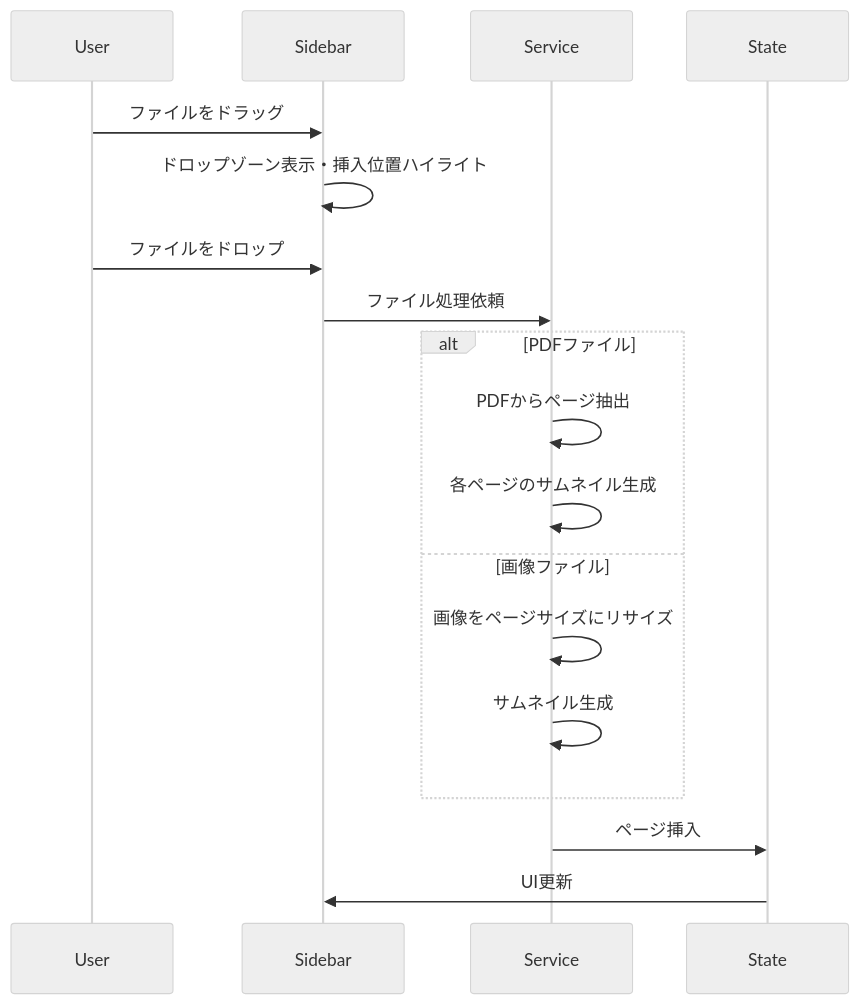
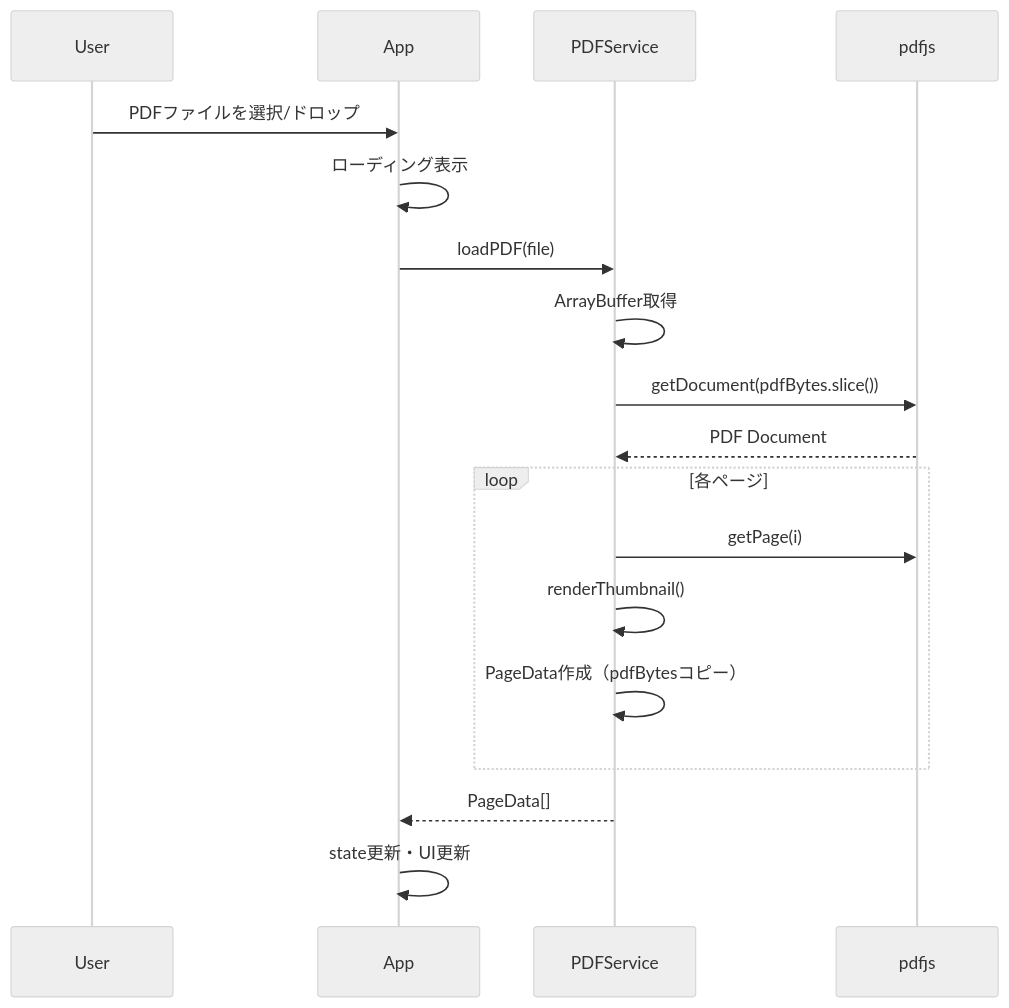
The second of 3 diagrams in docs/design.md (kumakun8325/pdfeditor), drawn with Mermaid (neutral theme) before and after one commit. The commit also changed other lines of this file and 7 other files, not shown here.

````diff
--- a/docs/design.md
+++ b/docs/design.md
@@ -270,23 +234,21 @@
 ```mermaid
 sequenceDiagram
     participant User
-    participant Sidebar
-    participant Service
-    participant State
+    participant App
+    participant PDFService
+    participant pdfjs
 
-    User->>Sidebar: ファイルをドラッグ
-    Sidebar->>Sidebar: ドロップゾーン表示・挿入位置ハイライト
-    User->>Sidebar: ファイルをドロップ
-    Sidebar->>Service: ファイル処理依頼
-    
-    alt PDFファイル
-        Service->>Service: PDFからページ抽出
-        Service->>Service: 各ページのサムネイル生成
-    else 画像ファイル
-        Service->>Service: 画像をページサイズにリサイズ
-        Service->>Service: サムネイル生成
+    User->>App: PDFファイルを選択/ドロップ
+    App->>App: ローディング表示
+    App->>PDFService: loadPDF(file)
+    PDFService->>PDFService: ArrayBuffer取得
+    PDFService->>pdfjs: getDocument(pdfBytes.slice())
+    pdfjs-->>PDFService: PDF Document
+    loop 各ページ
+        PDFService->>pdfjs: getPage(i)
+        PDFService->>PDFService: renderThumbnail()
+        PDFService->>PDFService: PageData作成（pdfBytesコピー）
     end
-    
-    Service->>State: ページ挿入
-    State->>Sidebar: UI更新
+    PDFService-->>App: PageData[]
+    App->>App: state更新・UI更新
 ```
````
